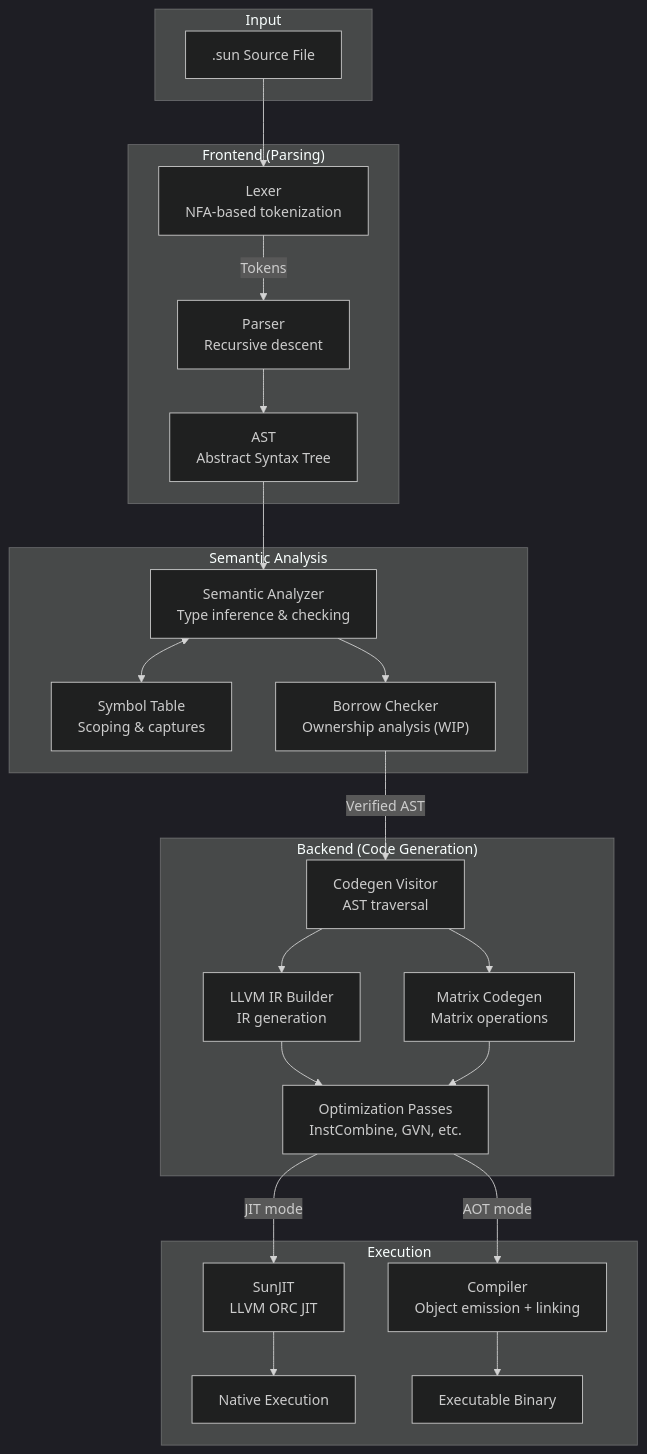
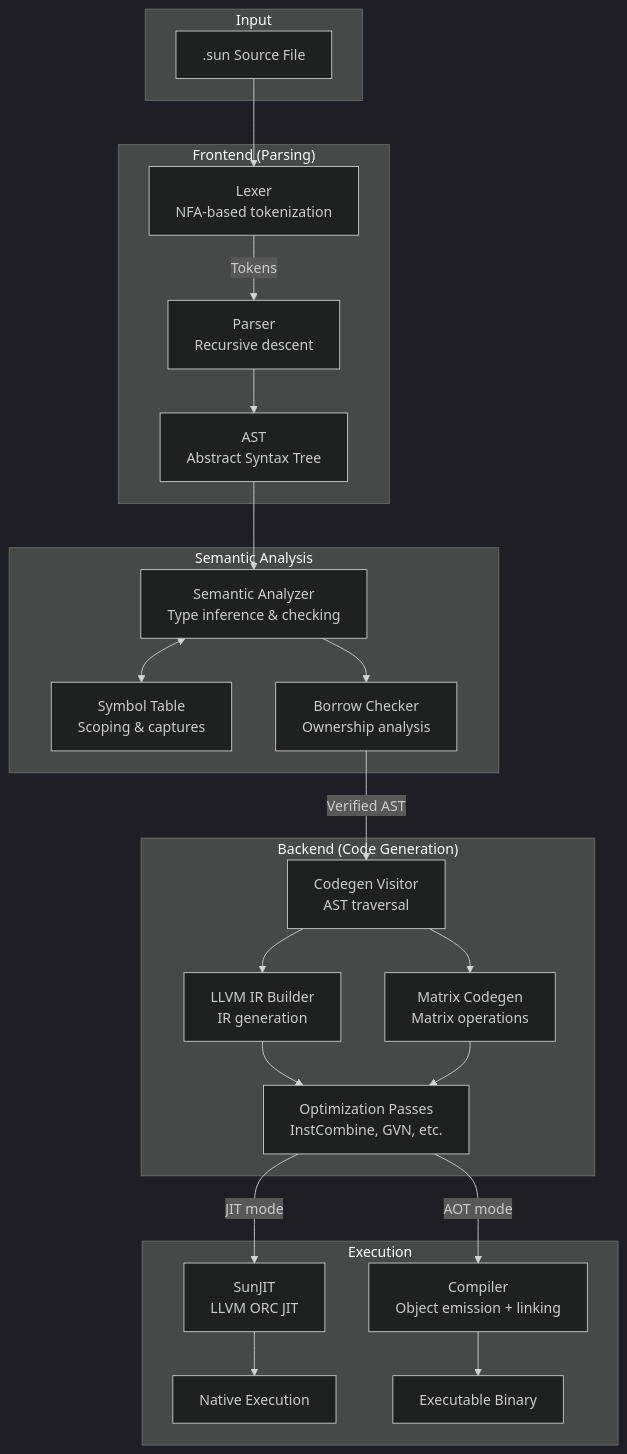
Before and after one commit to namo-robotics/sun: the diagram in docs/pages/architecture.mdx, drawn with Mermaid (dark theme). The commit also changed other lines of this file and 4 other files, not shown here.

Commit message:
feat: update documentation for architecture, modules, and standard library with new features and clarifications

````diff
--- a/docs/pages/architecture.mdx
+++ b/docs/pages/architecture.mdx
@@ -83,48 +83,48 @@
 ```mermaid
 flowchart TB
     subgraph Input
         SRC[".sun Source File"]
     end
 
     subgraph Frontend["Frontend (Parsing)"]
         LEX["Lexer<br/>NFA-based tokenization"]
         PAR["Parser<br/>Recursive descent"]
         AST["AST<br/>Abstract Syntax Tree"]
     end
 
     subgraph Analysis["Semantic Analysis"]
         SEM["Semantic Analyzer<br/>Type inference & checking"]
         SYM["Symbol Table<br/>Scoping & captures"]
-        BC["Borrow Checker<br/>Ownership analysis (WIP)"]
+        BC["Borrow Checker<br/>Ownership analysis"]
     end
 
     subgraph Backend["Backend (Code Generation)"]
         CGV["Codegen Visitor<br/>AST traversal"]
         LLVM["LLVM IR Builder<br/>IR generation"]
         MAT["Matrix Codegen<br/>Matrix operations"]
         OPT["Optimization Passes<br/>InstCombine, GVN, etc."]
     end
 
     subgraph Execution
         JIT["SunJIT<br/>LLVM ORC JIT"]
         AOT["Compiler<br/>Object emission + linking"]
         RUN["Native Execution"]
         EXE["Executable Binary"]
     end
 
     SRC --> LEX
     LEX -->|"Tokens"| PAR
     PAR --> AST
     AST --> SEM
     SEM <--> SYM
     SEM --> BC
     BC -->|"Verified AST"| CGV
     CGV --> LLVM
     CGV --> MAT
     LLVM --> OPT
     MAT --> OPT
     OPT -->|"JIT mode"| JIT
     OPT -->|"AOT mode"| AOT
     JIT --> RUN
     AOT --> EXE
 ```
````
